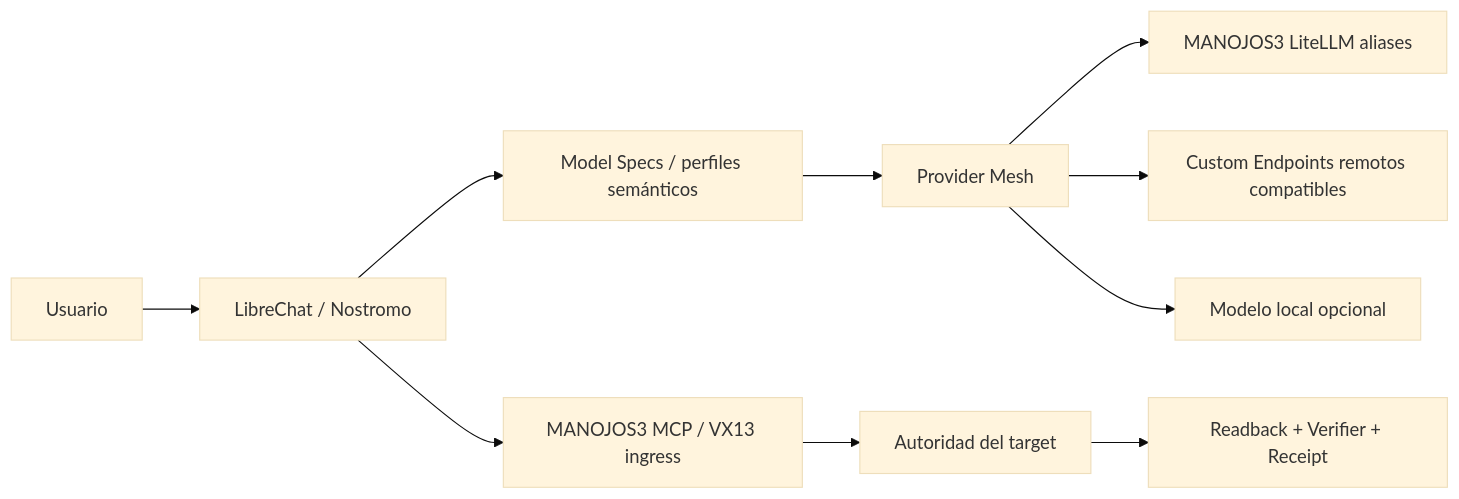
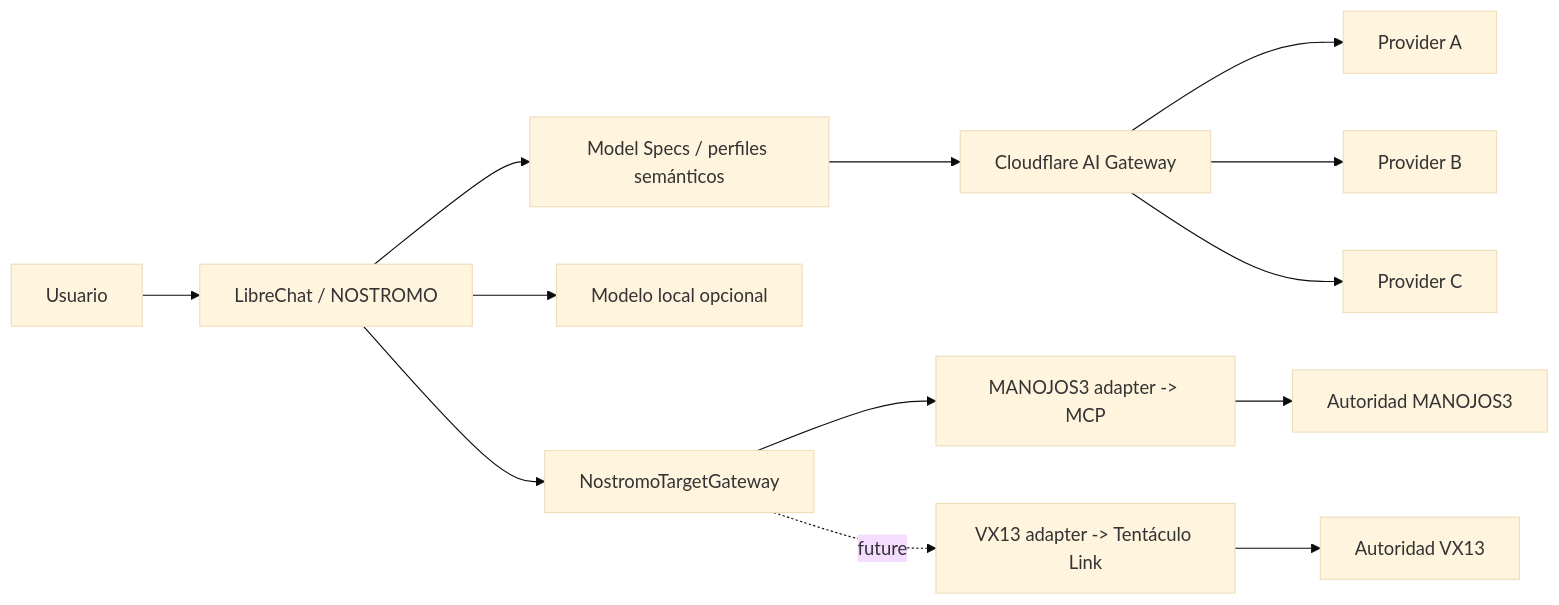
Before and after one commit to elkakas314/libre_chat_vx: the fourth of 8 diagrams in handoff/02_BLUEPRINT_LIBRECHAT_CURRENT.md, drawn with Mermaid (base theme). The commit also changed other lines of this file, not shown here.

Commit message:
docs: reconcile blueprint with inference and target gateways

````diff
--- a/handoff/02_BLUEPRINT_LIBRECHAT_CURRENT.md
+++ b/handoff/02_BLUEPRINT_LIBRECHAT_CURRENT.md
@@ -84,12 +93,15 @@
 ```mermaid
 flowchart LR
-  U[Usuario] --> LC[LibreChat / Nostromo]
+  U[Usuario] --> LC[LibreChat / NOSTROMO]
   LC --> MS[Model Specs / perfiles semánticos]
-  MS --> PM[Provider Mesh]
-  PM --> M3L[MANOJOS3 LiteLLM aliases]
-  PM --> REM[Custom Endpoints remotos compatibles]
-  PM --> LOC[Modelo local opcional]
-  LC --> ACT[MANOJOS3 MCP / VX13 ingress]
-  ACT --> AUTH[Autoridad del target]
-  AUTH --> RB[Readback + Verifier + Receipt]
+  MS --> CF[Cloudflare AI Gateway]
+  CF --> P1[Provider A]
+  CF --> P2[Provider B]
+  CF --> P3[Provider C]
+  LC --> LOC[Modelo local opcional]
+  LC --> TG[NostromoTargetGateway]
+  TG --> M3A[MANOJOS3 adapter -> MCP]
+  TG -. future .-> VXA[VX13 adapter -> Tentáculo Link]
+  M3A --> AUTH1[Autoridad MANOJOS3]
+  VXA --> AUTH2[Autoridad VX13]
 ```
````
